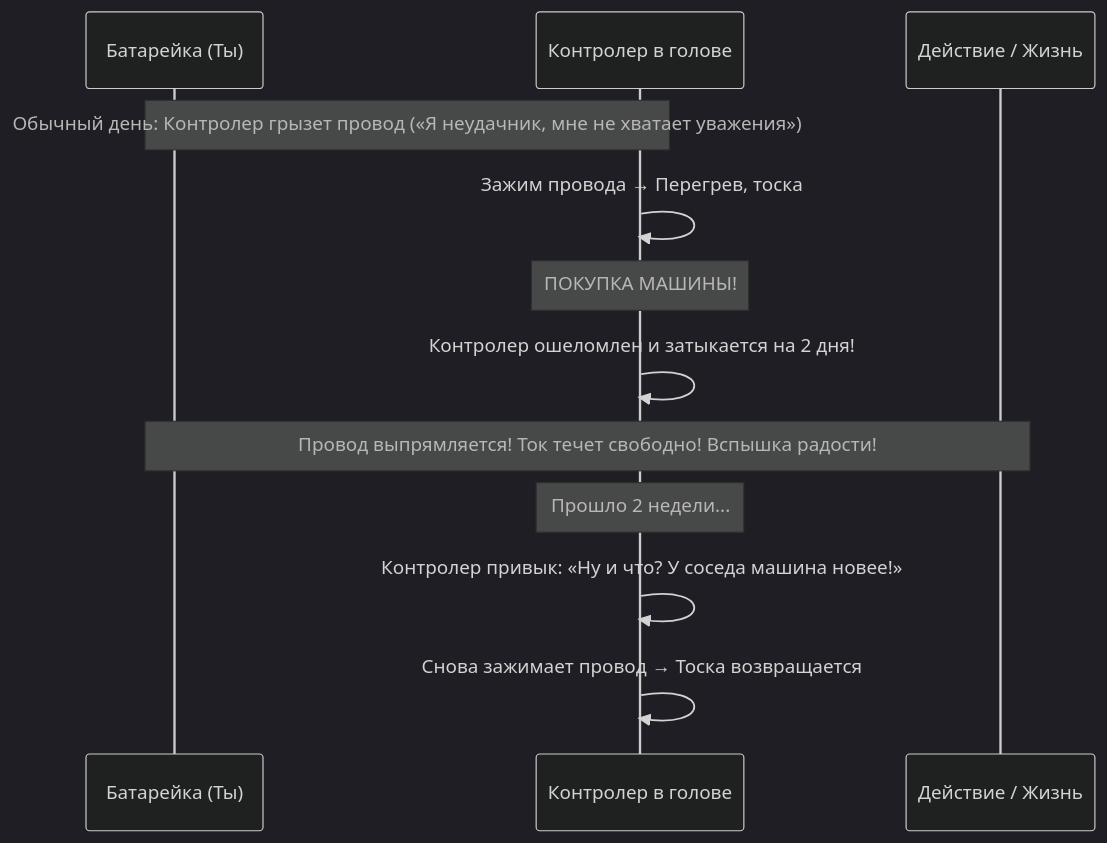
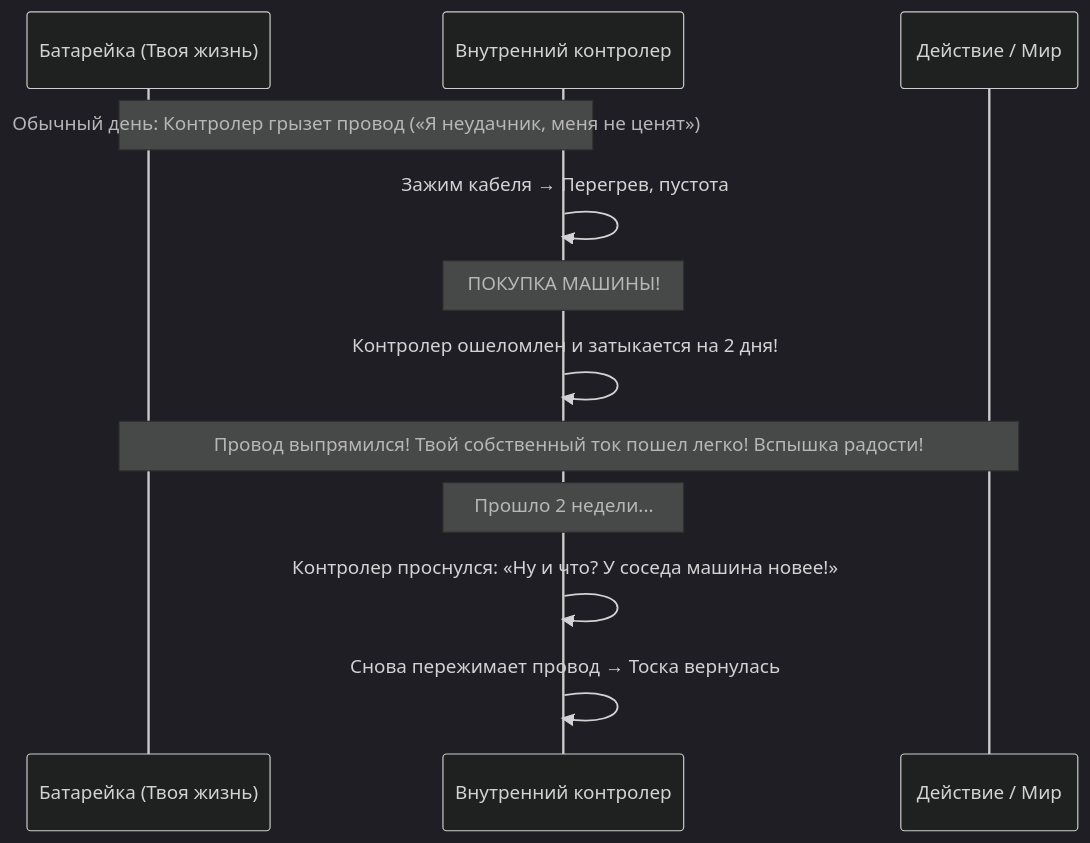
The second of 3 diagrams in wiki/Inner Current (Feynman Primer — Happiness Architecture in Plain Words for the Unprepared Reader).md (vsanyanov-ux/inner-current), drawn with Mermaid (dark theme) before and after one commit. The commit also changed other lines of this file, not shown here.

````diff
--- a/wiki/Inner Current (Feynman Primer — Happiness Architecture in Plain Words for the Unprepared Reader).md
+++ b/wiki/Inner Current (Feynman Primer — Happiness Architecture in Plain Words for the Unprepared Reader).md
@@ -149,15 +185,15 @@
 ```mermaid
 sequenceDiagram
-    participant B as Батарейка (Ты)
-    participant C as Контролер в голове
-    participant L as Действие / Жизнь
+    participant B as Батарейка (Твоя жизнь)
+    participant C as Внутренний контролер
+    participant L as Действие / Мир
     
-    Note over B,C: Обычный день: Контролер грызет провод («Я неудачник, мне не хватает уважения»)
-    C->>C: Зажим провода → Перегрев, тоска
+    Note over B,C: Обычный день: Контролер грызет провод («Я неудачник, меня не ценят»)
+    C->>C: Зажим кабеля → Перегрев, пустота
     Note over C: ПОКУПКА МАШИНЫ!
     C->>C: Контролер ошеломлен и затыкается на 2 дня!
-    Note over B,L: Провод выпрямляется! Ток течет свободно! Вспышка радости!
+    Note over B,L: Провод выпрямился! Твой собственный ток пошел легко! Вспышка радости!
     Note over C: Прошло 2 недели...
-    C->>C: Контролер привык: «Ну и что? У соседа машина новее!»
-    C->>C: Снова зажимает провод → Тоска возвращается
+    C->>C: Контролер проснулся: «Ну и что? У соседа машина новее!»
+    C->>C: Снова пережимает провод → Тоска вернулась
 ```
````
